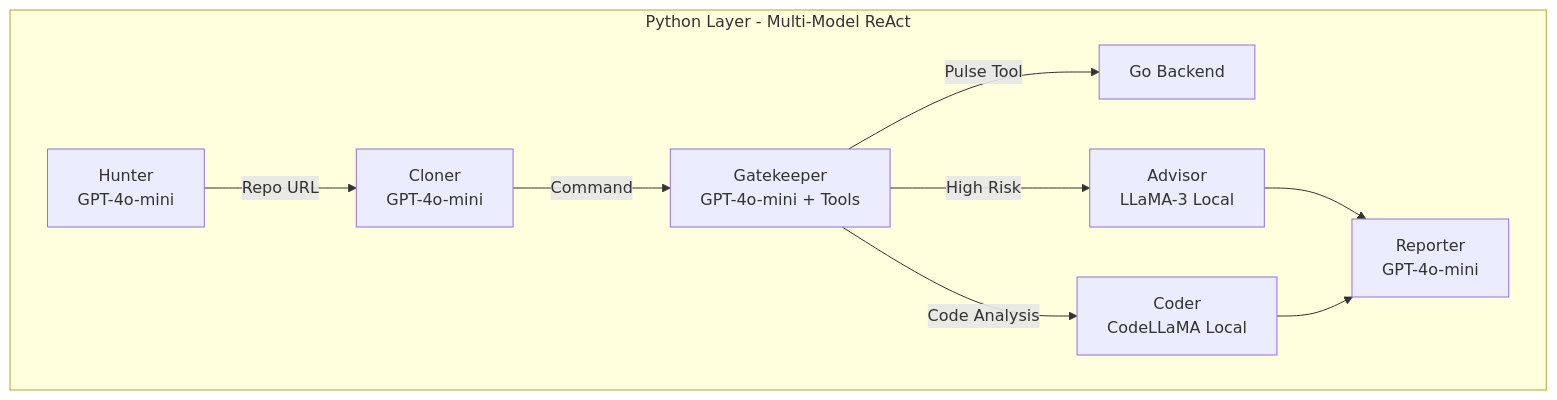
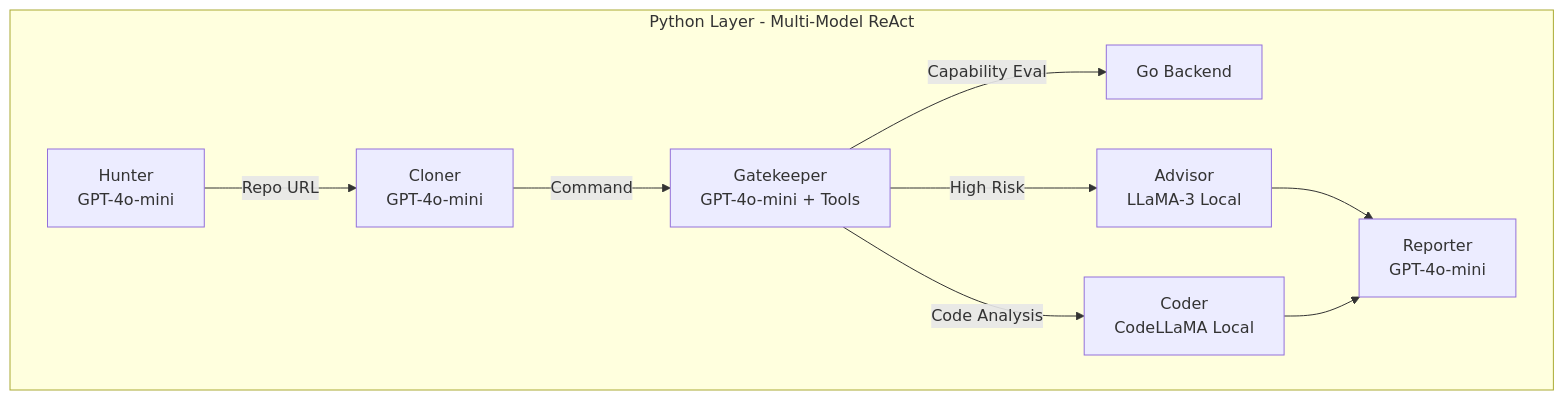
One commit to aryawadhwa/Dike changed the first of 2 diagrams in README.md. Above: the diagram before and after it, drawn with Mermaid. The commit also changed other lines of this file, not shown here.

Commit message:
docs: update architecture to Capability-Based Zero Trust and Ghost v2.0

````diff
--- a/README.md
+++ b/README.md
@@ -50,12 +53,12 @@
 ```mermaid
 flowchart TD
     subgraph "Python Layer - Multi-Model ReAct"
         A[Hunter<br/>GPT-4o-mini] -->|Repo URL| B[Cloner<br/>GPT-4o-mini]
         B -->|Command| C[Gatekeeper<br/>GPT-4o-mini + Tools]
-        C -->|Pulse Tool| D[Go Backend]
+        C -->|Capability Eval| D[Go Backend]
         C -->|High Risk| E[Advisor<br/>LLaMA-3 Local]
         C -->|Code Analysis| F[Coder<br/>CodeLLaMA Local]
         E --> G[Reporter<br/>GPT-4o-mini]
         F --> G
     end
 ```
````
